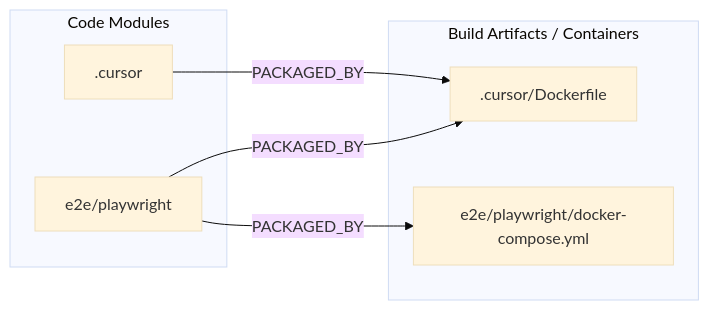
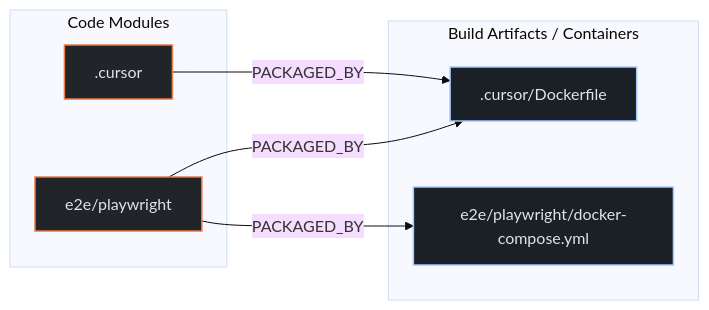
One commit to kumarshaz/atruss-code-atlas changed the second of 3 diagrams in exports/latest/reports/mattermost-mattermost-plugin-gitlab-report.md. Above: the diagram before and after it, drawn with Mermaid (base theme). The commit also changed other lines of this file and 331 other files, not shown here.

Commit message:
docs,ui,fix: update SDLC docs, reorder CI/CD DAG first, stylize Mermaid, and fix Arc42 pipeline topology

````diff
--- a/exports/latest/reports/mattermost-mattermost-plugin-gitlab-report.md
+++ b/exports/latest/reports/mattermost-mattermost-plugin-gitlab-report.md
@@ -145,14 +152,18 @@
 ```mermaid
 flowchart LR
+    classDef atlasCategory fill:#212428,stroke:#E87A48,stroke-width:1.5px,color:#dfe3eb
+    classDef atlasWorkflow fill:#1b2026,stroke:#a3c9ff,stroke-width:1.5px,color:#dfe3eb
+    classDef atlasJob fill:#171c22,stroke:#8d9199,stroke-width:1px,color:#dfe3eb
+    classDef atlasTarget fill:#005227,stroke:#8bd99b,stroke-width:1.5px,color:#a7f6b6
     subgraph code_modules["Code Modules"]
-        mod__cursor[".cursor"]
-        mod_e2e_playwright["e2e/playwright"]
+        mod__cursor[".cursor"]:::atlasCategory
+        mod_e2e_playwright["e2e/playwright"]:::atlasCategory
     end
     subgraph build_artifacts["Build Artifacts / Containers"]
-        art__cursor_Dockerfile[".cursor/Dockerfile"]
-        art_e2e_playwright_docker_compose_yml["e2e/playwright/docker-compose.yml"]
+        art__cursor_Dockerfile[".cursor/Dockerfile"]:::atlasWorkflow
+        art_e2e_playwright_docker_compose_yml["e2e/playwright/docker-compose.yml"]:::atlasWorkflow
     end
     mod__cursor -->|PACKAGED_BY| art__cursor_Dockerfile
     mod_e2e_playwright -->|PACKAGED_BY| art__cursor_Dockerfile
     mod_e2e_playwright -->|PACKAGED_BY| art_e2e_playwright_docker_compose_yml
 ```
````
